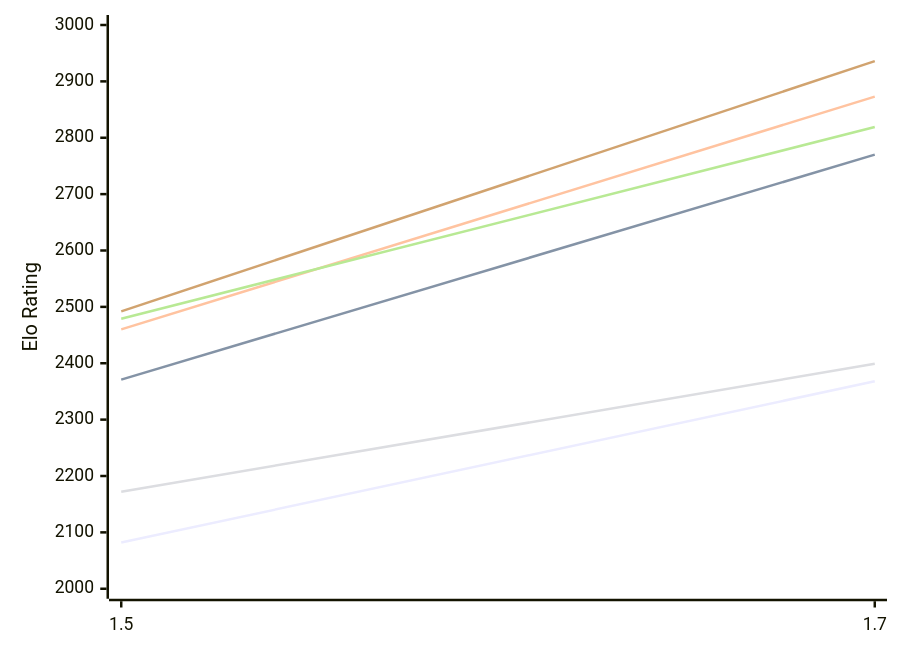
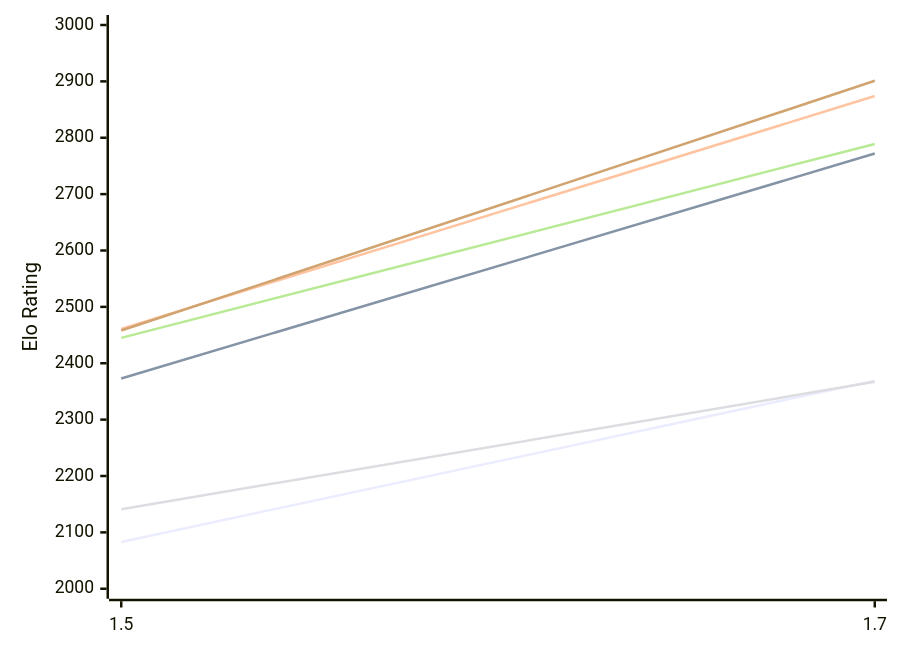
The first of 2 diagrams in engines/Facon.md (computer-chess-index/cci), drawn with Mermaid before and after one commit. The commit also changed other lines of this file, not shown here.

Commit message:
Update CCI Ratings (ELO VLTC) - 2026-10-23

````diff
--- a/engines/Facon.md
+++ b/engines/Facon.md
@@ -52,12 +52,12 @@
 ```mermaid
 %%{init: {"theme":"base","themeVariables":{"seriesColors:['#a3a3a3','#222221','#faa371']}}}%%
 xychart-beta
   x-axis ["1.5", "1.7"]
   y-axis "Elo Rating" 2000 --> 3000
-  line "E1: STC (8.0+0.08s)" [2082, 2368]
-  line "E1: LTC (60.0+0.60s)" [2371, 2770]
-  line "E1: VLTC (2m24s+1.12s)" [2460, 2873]
-  line "P1: STC (8.0+0.08s)" [2172, 2399]
-  line "P1: LTC (60.0+0.60s)" [2479, 2819]
-  line "P1: VLTC (2m24s+1.12s)" [2492, 2936]
+  line "E1: STC (8.0+0.08s)" [2083, 2369]
+  line "E1: LTC (60.0+0.60s)" [2373, 2772]
+  line "E1: VLTC (2m24s+1.12s)" [2461, 2874]
+  line "P1: STC (8.0+0.08s)" [2141, 2367]
+  line "P1: LTC (60.0+0.60s)" [2445, 2789]
+  line "P1: VLTC (2m24s+1.12s)" [2458, 2901]
 ```
````
